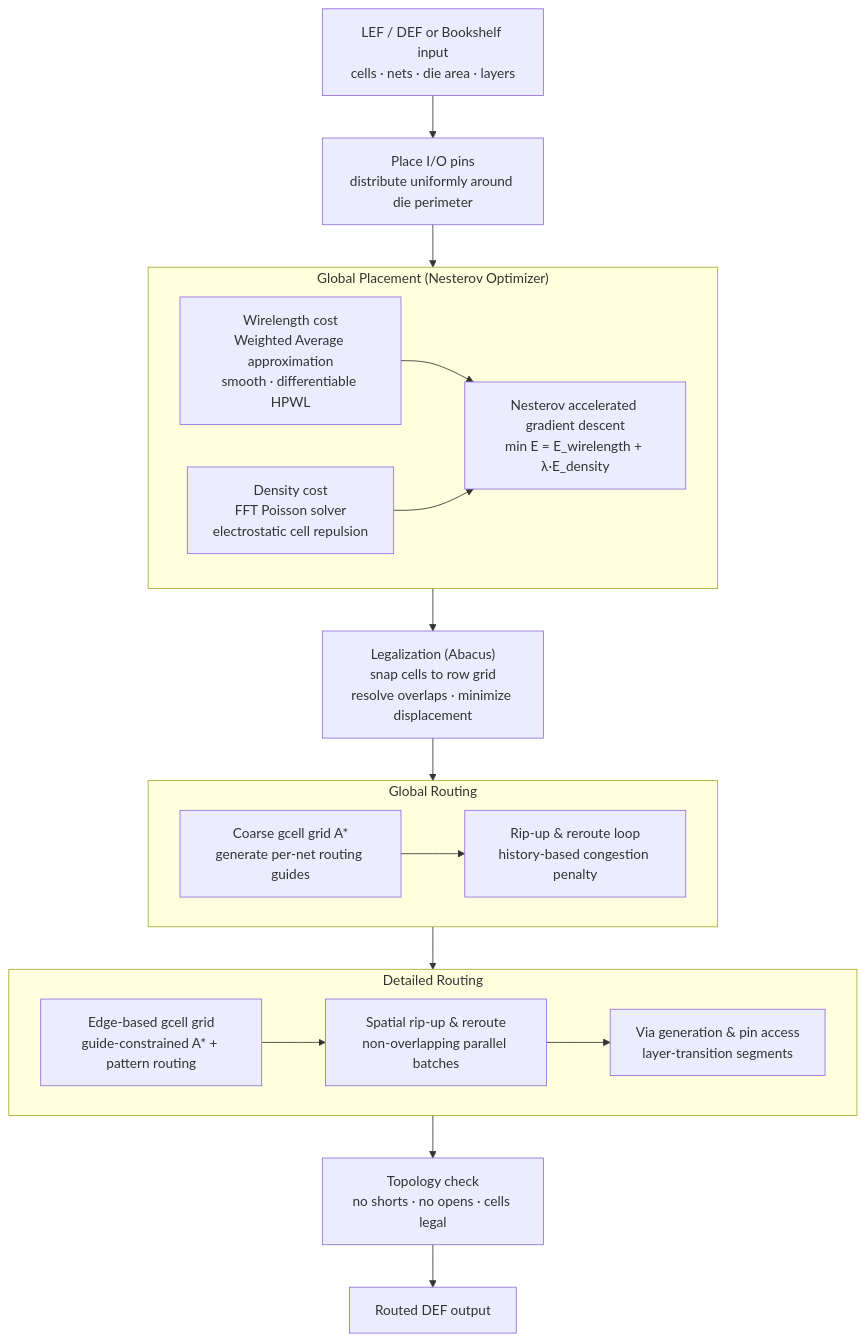
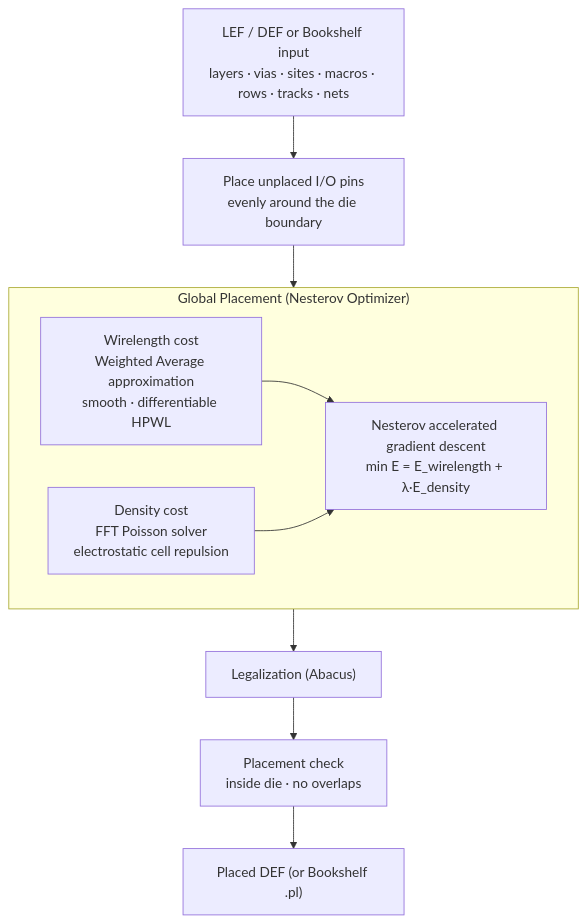
The diagram in README.md (willmccallion/vlsi-physical-design), drawn with Mermaid before and after one commit. The commit also changed other lines of this file and 5 other files, not shown here.

````diff
--- a/README.md
+++ b/README.md
@@ -19,32 +11,18 @@
 ```mermaid
 flowchart TD
-    INPUT["LEF / DEF or Bookshelf input<br/>cells · nets · die area · layers"]
-    IO["Place I/O pins<br/>distribute uniformly around die perimeter"]
+    INPUT["LEF / DEF or Bookshelf input<br/>layers · vias · sites · macros · rows · tracks · nets"]
+    IO["Place unplaced I/O pins<br/>evenly around the die boundary"]
 
     subgraph GP["Global Placement (Nesterov Optimizer)"]
         WL["Wirelength cost<br/>Weighted Average approximation<br/>smooth · differentiable HPWL"]
         DENS["Density cost<br/>FFT Poisson solver<br/>electrostatic cell repulsion"]
         OPT["Nesterov accelerated gradient descent<br/>min E = E_wirelength + λ·E_density"]
     end
 
-    LEG["Legalization (Abacus)<br/>snap cells to row grid<br/>resolve overlaps · minimize displacement"]
+    LEG["Legalization (Abacus)"]
+    CHK["Placement check<br/>inside die · no overlaps"]
+    OUT["Placed DEF (or Bookshelf .pl)"]
 
-    subgraph GR["Global Routing"]
-        GRA["Coarse gcell grid A*<br/>generate per-net routing guides"]
-        GRR["Rip-up & reroute loop<br/>history-based congestion penalty"]
-    end
-
-    subgraph DR["Detailed Routing"]
-        DRA["Edge-based gcell grid<br/>guide-constrained A* + pattern routing"]
-        DRR["Spatial rip-up & reroute<br/>non-overlapping parallel batches"]
-        VIA["Via generation & pin access<br/>layer-transition segments"]
-    end
-
-    VER["Topology check<br/>no shorts · no opens · cells legal"]
-    OUT["Routed DEF output"]
-
-    INPUT --> IO --> GP --> LEG --> GR --> DR --> VER --> OUT
+    INPUT --> IO --> GP --> LEG --> CHK --> OUT
     WL & DENS --> OPT
-    GRA --> GRR
-    DRA --> DRR --> VIA
 ```
````
